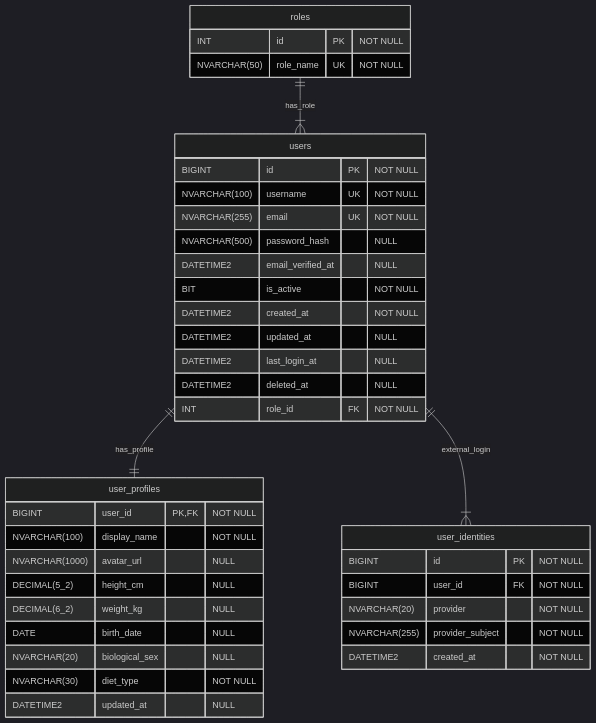
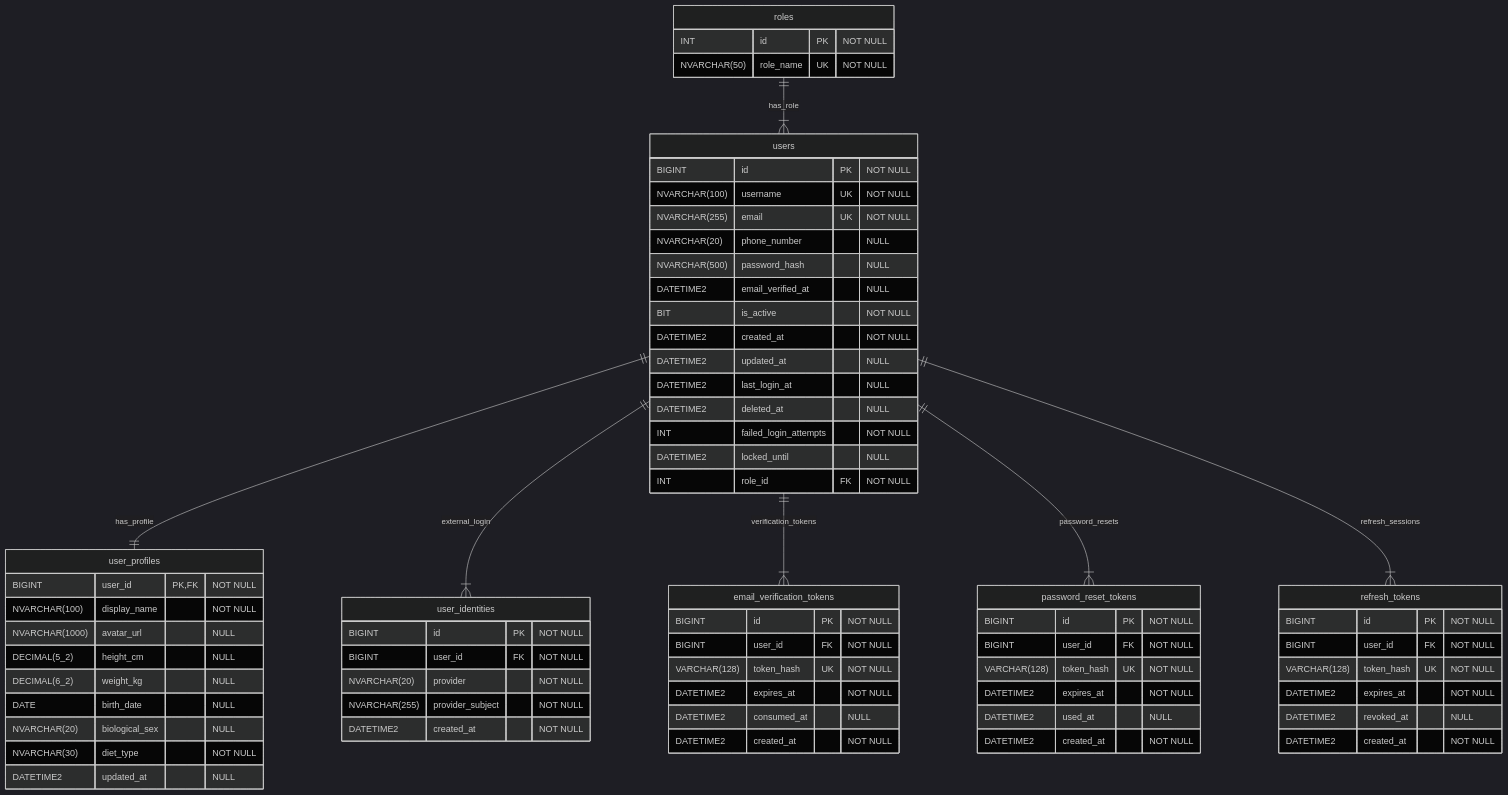
The diagram in docs/database/01_Accounts.mmd (HoangAnh250/VeganHelperProject), drawn with Mermaid (dark theme) before and after one commit. The commit also changed 40 other files, not shown here.

```diff
--- a/docs/database/01_Accounts.mmd
+++ b/docs/database/01_Accounts.mmd
@@ -1,39 +1,69 @@
 erDiagram
     users {
         BIGINT id PK "NOT NULL"
         NVARCHAR(100) username UK "NOT NULL"
         NVARCHAR(255) email UK "NOT NULL"
+        NVARCHAR(20) phone_number "NULL"
         NVARCHAR(500) password_hash "NULL"
         DATETIME2 email_verified_at "NULL"
         BIT is_active "NOT NULL"
         DATETIME2 created_at "NOT NULL"
         DATETIME2 updated_at "NULL"
         DATETIME2 last_login_at "NULL"
         DATETIME2 deleted_at "NULL"
+        INT failed_login_attempts "NOT NULL"
+        DATETIME2 locked_until "NULL"
         INT role_id FK "NOT NULL"
     }
     user_profiles {
         BIGINT user_id PK,FK "NOT NULL"
         NVARCHAR(100) display_name "NOT NULL"
         NVARCHAR(1000) avatar_url "NULL"
         DECIMAL(5_2) height_cm "NULL"
         DECIMAL(6_2) weight_kg "NULL"
         DATE birth_date "NULL"
         NVARCHAR(20) biological_sex "NULL"
         NVARCHAR(30) diet_type "NOT NULL"
         DATETIME2 updated_at "NULL"
     }
     roles {
         INT id PK "NOT NULL"
         NVARCHAR(50) role_name UK "NOT NULL"
     }
     user_identities {
         BIGINT id PK "NOT NULL"
         BIGINT user_id FK "NOT NULL"
         NVARCHAR(20) provider "NOT NULL"
         NVARCHAR(255) provider_subject "NOT NULL"
         DATETIME2 created_at "NOT NULL"
     }
+    email_verification_tokens {
+        BIGINT id PK "NOT NULL"
+        BIGINT user_id FK "NOT NULL"
+        VARCHAR(128) token_hash UK "NOT NULL"
+        DATETIME2 expires_at "NOT NULL"
+        DATETIME2 consumed_at "NULL"
+        DATETIME2 created_at "NOT NULL"
+    }
+    password_reset_tokens {
+        BIGINT id PK "NOT NULL"
+        BIGINT user_id FK "NOT NULL"
+        VARCHAR(128) token_hash UK "NOT NULL"
+        DATETIME2 expires_at "NOT NULL"
+        DATETIME2 used_at "NULL"
+        DATETIME2 created_at "NOT NULL"
+    }
+    refresh_tokens {
+        BIGINT id PK "NOT NULL"
+        BIGINT user_id FK "NOT NULL"
+        VARCHAR(128) token_hash UK "NOT NULL"
+        DATETIME2 expires_at "NOT NULL"
+        DATETIME2 revoked_at "NULL"
+        DATETIME2 created_at "NOT NULL"
+    }
     roles ||--|{ users : "has_role"
     users ||--|| user_profiles : "has_profile"
     users ||--|{ user_identities : "external_login"
+    users ||--|{ email_verification_tokens : "verification_tokens"
+    users ||--|{ password_reset_tokens : "password_resets"
+    users ||--|{ refresh_tokens : "refresh_sessions"
```
